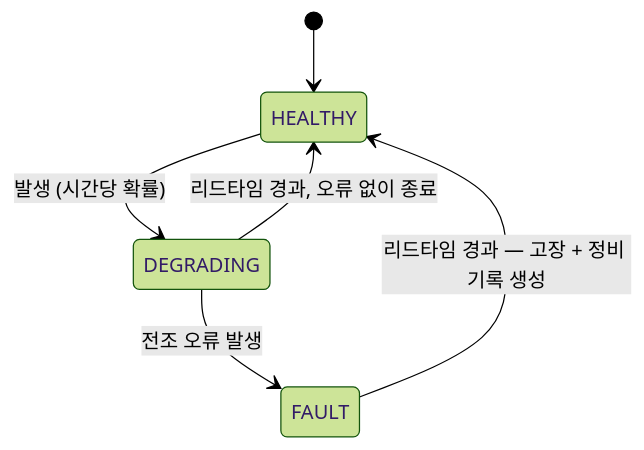
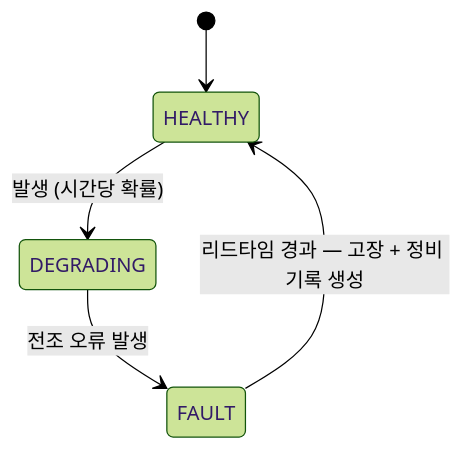
The third of 3 diagrams in docs/PORTFOLIO_KOR.md (surplus96/uptime-copilot), drawn with Mermaid (forest theme) before and after one commit. The commit also changed 22 other files, not shown here.

````diff
--- a/docs/PORTFOLIO_KOR.md
+++ b/docs/PORTFOLIO_KOR.md
@@ -138,8 +138,7 @@
 ```mermaid
 stateDiagram-v2
     [*] --> HEALTHY
     HEALTHY --> DEGRADING: 발생 (시간당 확률)
     DEGRADING --> FAULT: 전조 오류 발생
-    DEGRADING --> HEALTHY: 리드타임 경과, 오류 없이 종료
     FAULT --> HEALTHY: 리드타임 경과 — 고장 + 정비 기록 생성
 ```
````
